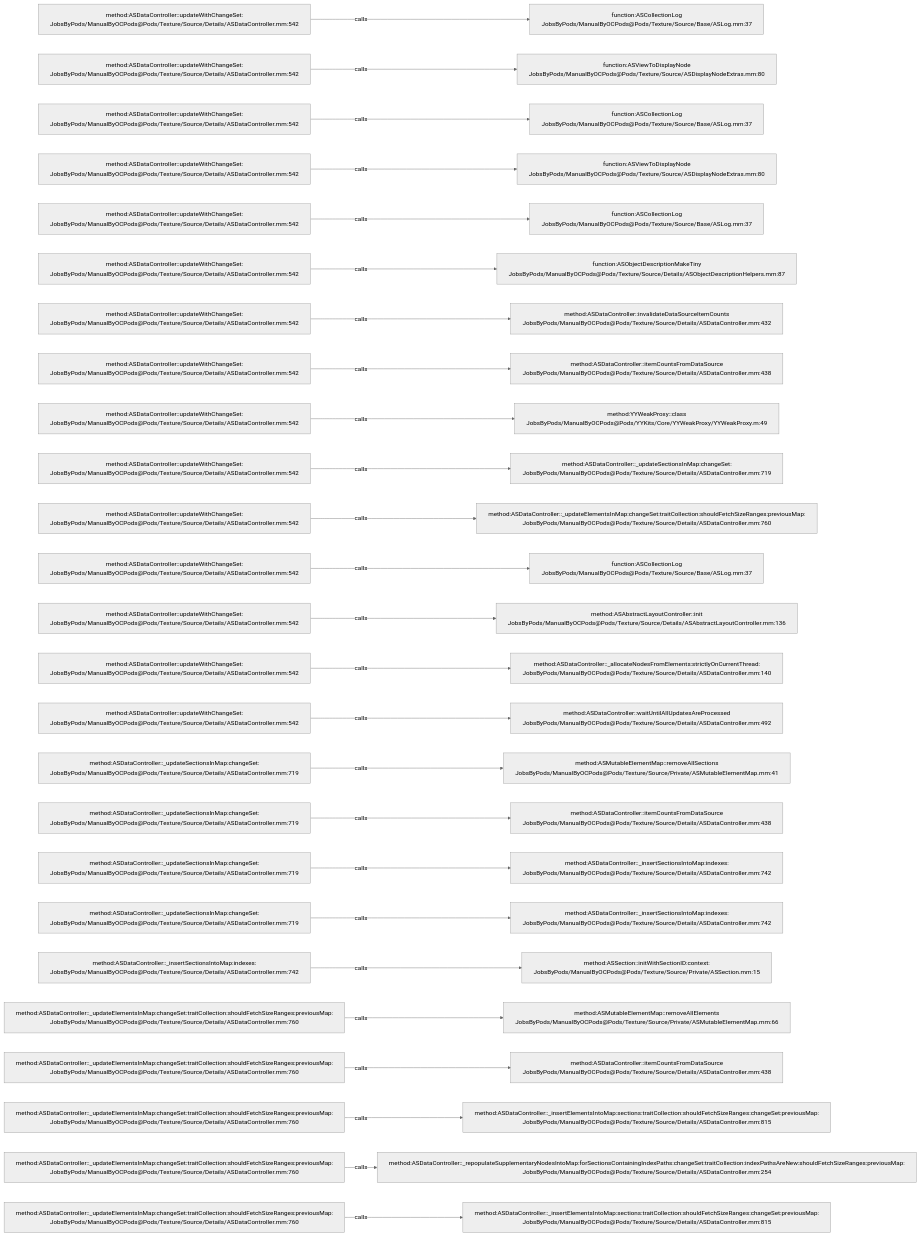
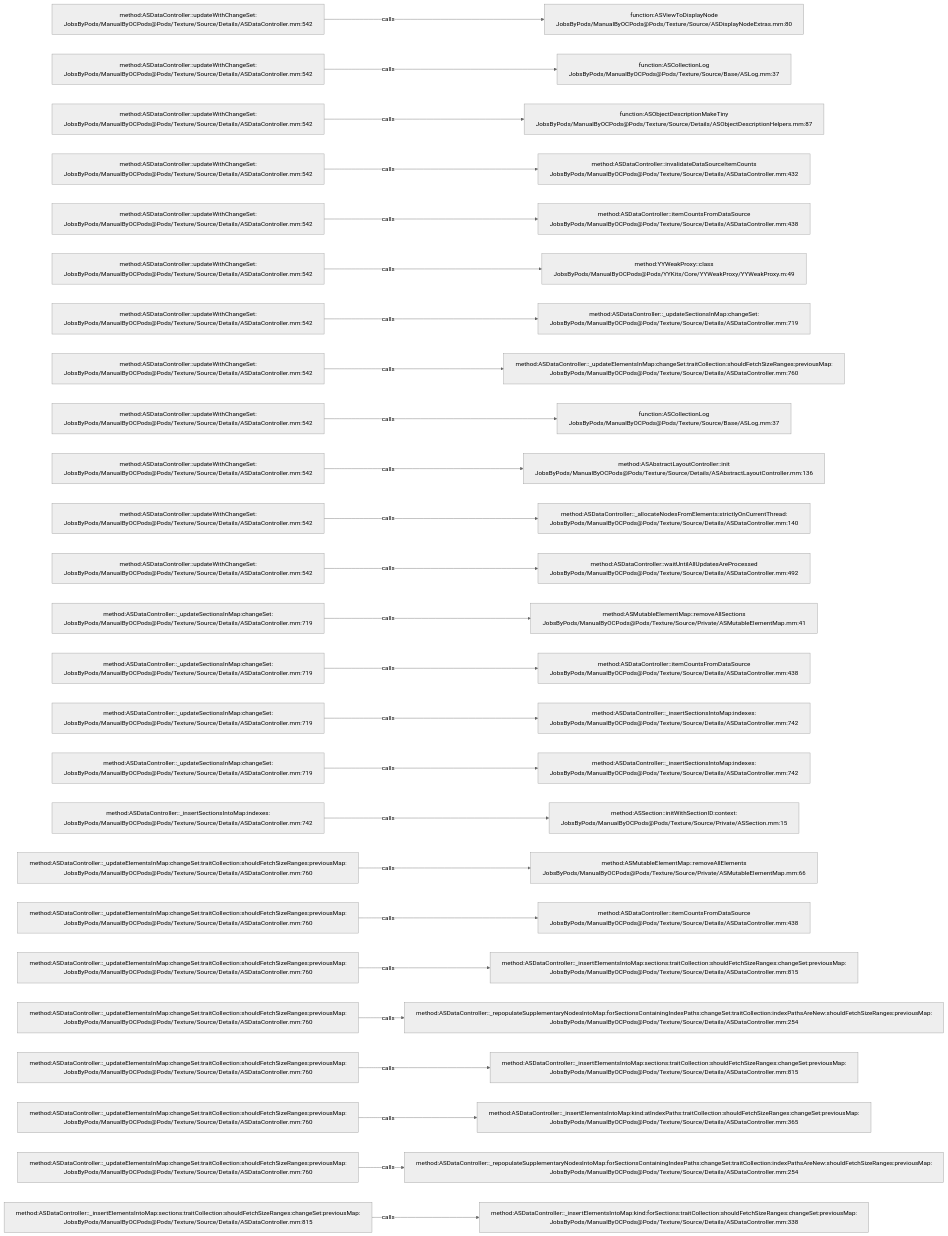
Before and after one commit to JobsKits/JobsOCBaseConfigDemo: the diagram in .codegraph/codegraph.md/graphs/calls-157.md, drawn with Mermaid (neutral theme). The commit also changed 342 other files, not shown here.

````diff
--- a/.codegraph/codegraph.md/graphs/calls-157.md
+++ b/.codegraph/codegraph.md/graphs/calls-157.md
@@ -13,78 +13,78 @@
 ```mermaid
 flowchart LR
   S1["method:ASDataController::updateWithChangeSet:<br/>JobsByPods/ManualByOCPods@Pods/Texture/Source/Details/ASDataController.mm:542"]
-  T1["function:ASCollectionLog<br/>JobsByPods/ManualByOCPods@Pods/Texture/Source/Base/ASLog.mm:37"]
+  T1["function:ASViewToDisplayNode<br/>JobsByPods/ManualByOCPods@Pods/Texture/Source/ASDisplayNodeExtras.mm:80"]
   S1 -->|calls| T1
   S2["method:ASDataController::updateWithChangeSet:<br/>JobsByPods/ManualByOCPods@Pods/Texture/Source/Details/ASDataController.mm:542"]
-  T2["function:ASViewToDisplayNode<br/>JobsByPods/ManualByOCPods@Pods/Texture/Source/ASDisplayNodeExtras.mm:80"]
+  T2["function:ASCollectionLog<br/>JobsByPods/ManualByOCPods@Pods/Texture/Source/Base/ASLog.mm:37"]
   S2 -->|calls| T2
   S3["method:ASDataController::updateWithChangeSet:<br/>JobsByPods/ManualByOCPods@Pods/Texture/Source/Details/ASDataController.mm:542"]
-  T3["function:ASCollectionLog<br/>JobsByPods/ManualByOCPods@Pods/Texture/Source/Base/ASLog.mm:37"]
+  T3["function:ASObjectDescriptionMakeTiny<br/>JobsByPods/ManualByOCPods@Pods/Texture/Source/Details/ASObjectDescriptionHelpers.mm:87"]
   S3 -->|calls| T3
   S4["method:ASDataController::updateWithChangeSet:<br/>JobsByPods/ManualByOCPods@Pods/Texture/Source/Details/ASDataController.mm:542"]
-  T4["function:ASViewToDisplayNode<br/>JobsByPods/ManualByOCPods@Pods/Texture/Source/ASDisplayNodeExtras.mm:80"]
+  T4["method:ASDataController::invalidateDataSourceItemCounts<br/>JobsByPods/ManualByOCPods@Pods/Texture/Source/Details/ASDataController.mm:432"]
   S4 -->|calls| T4
   S5["method:ASDataController::updateWithChangeSet:<br/>JobsByPods/ManualByOCPods@Pods/Texture/Source/Details/ASDataController.mm:542"]
-  T5["function:ASCollectionLog<br/>JobsByPods/ManualByOCPods@Pods/Texture/Source/Base/ASLog.mm:37"]
+  T5["method:ASDataController::itemCountsFromDataSource<br/>JobsByPods/ManualByOCPods@Pods/Texture/Source/Details/ASDataController.mm:438"]
   S5 -->|calls| T5
   S6["method:ASDataController::updateWithChangeSet:<br/>JobsByPods/ManualByOCPods@Pods/Texture/Source/Details/ASDataController.mm:542"]
-  T6["function:ASObjectDescriptionMakeTiny<br/>JobsByPods/ManualByOCPods@Pods/Texture/Source/Details/ASObjectDescriptionHelpers.mm:87"]
+  T6["method:YYWeakProxy::class<br/>JobsByPods/ManualByOCPods@Pods/YYKits/Core/YYWeakProxy/YYWeakProxy.m:49"]
   S6 -->|calls| T6
   S7["method:ASDataController::updateWithChangeSet:<br/>JobsByPods/ManualByOCPods@Pods/Texture/Source/Details/ASDataController.mm:542"]
-  T7["method:ASDataController::invalidateDataSourceItemCounts<br/>JobsByPods/ManualByOCPods@Pods/Texture/Source/Details/ASDataController.mm:432"]
+  T7["method:ASDataController::_updateSectionsInMap:changeSet:<br/>JobsByPods/ManualByOCPods@Pods/Texture/Source/Details/ASDataController.mm:719"]
   S7 -->|calls| T7
   S8["method:ASDataController::updateWithChangeSet:<br/>JobsByPods/ManualByOCPods@Pods/Texture/Source/Details/ASDataController.mm:542"]
-  T8["method:ASDataController::itemCountsFromDataSource<br/>JobsByPods/ManualByOCPods@Pods/Texture/Source/Details/ASDataController.mm:438"]
+  T8["method:ASDataController::_updateElementsInMap:changeSet:traitCollection:shouldFetchSizeRanges:previousMap:<br/>JobsByPods/ManualByOCPods@Pods/Texture/Source/Details/ASDataController.mm:760"]
   S8 -->|calls| T8
   S9["method:ASDataController::updateWithChangeSet:<br/>JobsByPods/ManualByOCPods@Pods/Texture/Source/Details/ASDataController.mm:542"]
-  T9["method:YYWeakProxy::class<br/>JobsByPods/ManualByOCPods@Pods/YYKits/Core/YYWeakProxy/YYWeakProxy.m:49"]
+  T9["function:ASCollectionLog<br/>JobsByPods/ManualByOCPods@Pods/Texture/Source/Base/ASLog.mm:37"]
   S9 -->|calls| T9
   S10["method:ASDataController::updateWithChangeSet:<br/>JobsByPods/ManualByOCPods@Pods/Texture/Source/Details/ASDataController.mm:542"]
-  T10["method:ASDataController::_updateSectionsInMap:changeSet:<br/>JobsByPods/ManualByOCPods@Pods/Texture/Source/Details/ASDataController.mm:719"]
+  T10["method:ASAbstractLayoutController::init<br/>JobsByPods/ManualByOCPods@Pods/Texture/Source/Details/ASAbstractLayoutController.mm:136"]
   S10 -->|calls| T10
   S11["method:ASDataController::updateWithChangeSet:<br/>JobsByPods/ManualByOCPods@Pods/Texture/Source/Details/ASDataController.mm:542"]
-  T11["method:ASDataController::_updateElementsInMap:changeSet:traitCollection:shouldFetchSizeRanges:previousMap:<br/>JobsByPods/ManualByOCPods@Pods/Texture/Source/Details/ASDataController.mm:760"]
+  T11["method:ASDataController::_allocateNodesFromElements:strictlyOnCurrentThread:<br/>JobsByPods/ManualByOCPods@Pods/Texture/Source/Details/ASDataController.mm:140"]
   S11 -->|calls| T11
   S12["method:ASDataController::updateWithChangeSet:<br/>JobsByPods/ManualByOCPods@Pods/Texture/Source/Details/ASDataController.mm:542"]
-  T12["function:ASCollectionLog<br/>JobsByPods/ManualByOCPods@Pods/Texture/Source/Base/ASLog.mm:37"]
+  T12["method:ASDataController::waitUntilAllUpdatesAreProcessed<br/>JobsByPods/ManualByOCPods@Pods/Texture/Source/Details/ASDataController.mm:492"]
   S12 -->|calls| T12
-  S13["method:ASDataController::updateWithChangeSet:<br/>JobsByPods/ManualByOCPods@Pods/Texture/Source/Details/ASDataController.mm:542"]
-  T13["method:ASAbstractLayoutController::init<br/>JobsByPods/ManualByOCPods@Pods/Texture/Source/Details/ASAbstractLayoutController.mm:136"]
+  S13["method:ASDataController::_updateSectionsInMap:changeSet:<br/>JobsByPods/ManualByOCPods@Pods/Texture/Source/Details/ASDataController.mm:719"]
+  T13["method:ASMutableElementMap::removeAllSections<br/>JobsByPods/ManualByOCPods@Pods/Texture/Source/Private/ASMutableElementMap.mm:41"]
   S13 -->|calls| T13
-  S14["method:ASDataController::updateWithChangeSet:<br/>JobsByPods/ManualByOCPods@Pods/Texture/Source/Details/ASDataController.mm:542"]
-  T14["method:ASDataController::_allocateNodesFromElements:strictlyOnCurrentThread:<br/>JobsByPods/ManualByOCPods@Pods/Texture/Source/Details/ASDataController.mm:140"]
+  S14["method:ASDataController::_updateSectionsInMap:changeSet:<br/>JobsByPods/ManualByOCPods@Pods/Texture/Source/Details/ASDataController.mm:719"]
+  T14["method:ASDataController::itemCountsFromDataSource<br/>JobsByPods/ManualByOCPods@Pods/Texture/Source/Details/ASDataController.mm:438"]
   S14 -->|calls| T14
-  S15["method:ASDataController::updateWithChangeSet:<br/>JobsByPods/ManualByOCPods@Pods/Texture/Source/Details/ASDataController.mm:542"]
-  T15["method:ASDataController::waitUntilAllUpdatesAreProcessed<br/>JobsByPods/ManualByOCPods@Pods/Texture/Source/Details/ASDataController.mm:492"]
+  S15["method:ASDataController::_updateSectionsInMap:changeSet:<br/>JobsByPods/ManualByOCPods@Pods/Texture/Source/Details/ASDataController.mm:719"]
+  T15["method:ASDataController::_insertSectionsIntoMap:indexes:<br/>JobsByPods/ManualByOCPods@Pods/Texture/Source/Details/ASDataController.mm:742"]
   S15 -->|calls| T15
   S16["method:ASDataController::_updateSectionsInMap:changeSet:<br/>JobsByPods/ManualByOCPods@Pods/Texture/Source/Details/ASDataController.mm:719"]
-  T16["method:ASMutableElementMap::removeAllSections<br/>JobsByPods/ManualByOCPods@Pods/Texture/Source/Private/ASMutableElementMap.mm:41"]
+  T16["method:ASDataController::_insertSectionsIntoMap:indexes:<br/>JobsByPods/ManualByOCPods@Pods/Texture/Source/Details/ASDataController.mm:742"]
   S16 -->|calls| T16
-  S17["method:ASDataController::_updateSectionsInMap:changeSet:<br/>JobsByPods/ManualByOCPods@Pods/Texture/Source/Details/ASDataController.mm:719"]
-  T17["method:ASDataController::itemCountsFromDataSource<br/>JobsByPods/ManualByOCPods@Pods/Texture/Source/Details/ASDataController.mm:438"]
+  S17["method:ASDataController::_insertSectionsIntoMap:indexes:<br/>JobsByPods/ManualByOCPods@Pods/Texture/Source/Details/ASDataController.mm:742"]
+  T17["method:ASSection::initWithSectionID:context:<br/>JobsByPods/ManualByOCPods@Pods/Texture/Source/Private/ASSection.mm:15"]
   S17 -->|calls| T17
-  S18["method:ASDataController::_updateSectionsInMap:changeSet:<br/>JobsByPods/ManualByOCPods@Pods/Texture/Source/Details/ASDataController.mm:719"]
-  T18["method:ASDataController::_insertSectionsIntoMap:indexes:<br/>JobsByPods/ManualByOCPods@Pods/Texture/Source/Details/ASDataController.mm:742"]
+  S18["method:ASDataController::_updateElementsInMap:changeSet:traitCollection:shouldFetchSizeRanges:previousMap:<br/>JobsByPods/ManualByOCPods@Pods/Texture/Source/Details/ASDataController.mm:760"]
+  T18["method:ASMutableElementMap::removeAllElements<br/>JobsByPods/ManualByOCPods@Pods/Texture/Source/Private/ASMutableElementMap.mm:66"]
   S18 -->|calls| T18
-  S19["method:ASDataController::_updateSectionsInMap:changeSet:<br/>JobsByPods/ManualByOCPods@Pods/Texture/Source/Details/ASDataController.mm:719"]
-  T19["method:ASDataController::_insertSectionsIntoMap:indexes:<br/>JobsByPods/ManualByOCPods@Pods/Texture/Source/Details/ASDataController.mm:742"]
+  S19["method:ASDataController::_updateElementsInMap:changeSet:traitCollection:shouldFetchSizeRanges:previousMap:<br/>JobsByPods/ManualByOCPods@Pods/Texture/Source/Details/ASDataController.mm:760"]
+  T19["method:ASDataController::itemCountsFromDataSource<br/>JobsByPods/ManualByOCPods@Pods/Texture/Source/Details/ASDataController.mm:438"]
   S19 -->|calls| T19
-  S20["method:ASDataController::_insertSectionsIntoMap:indexes:<br/>JobsByPods/ManualByOCPods@Pods/Texture/Source/Details/ASDataController.mm:742"]
-  T20["method:ASSection::initWithSectionID:context:<br/>JobsByPods/ManualByOCPods@Pods/Texture/Source/Private/ASSection.mm:15"]
+  S20["method:ASDataController::_updateElementsInMap:changeSet:traitCollection:shouldFetchSizeRanges:previousMap:<br/>JobsByPods/ManualByOCPods@Pods/Texture/Source/Details/ASDataController.mm:760"]
+  T20["method:ASDataController::_insertElementsIntoMap:sections:traitCollection:shouldFetchSizeRanges:changeSet:previousMap:<br/>JobsByPods/ManualByOCPods@Pods/Texture/Source/Details/ASDataController.mm:815"]
   S20 -->|calls| T20
   S21["method:ASDataController::_updateElementsInMap:changeSet:traitCollection:shouldFetchSizeRanges:previousMap:<br/>JobsByPods/ManualByOCPods@Pods/Texture/Source/Details/ASDataController.mm:760"]
-  T21["method:ASMutableElementMap::removeAllElements<br/>JobsByPods/ManualByOCPods@Pods/Texture/Source/Private/ASMutableElementMap.mm:66"]
+  T21["method:ASDataController::_repopulateSupplementaryNodesIntoMap:forSectionsContainingIndexPaths:changeSet:traitCollection:indexPathsAreNew:shouldFetchSizeRanges:previousMap:<br/>JobsByPods/ManualByOCPods@Pods/Texture/Source/Details/ASDataController.mm:254"]
   S21 -->|calls| T21
   S22["method:ASDataController::_updateElementsInMap:changeSet:traitCollection:shouldFetchSizeRanges:previousMap:<br/>JobsByPods/ManualByOCPods@Pods/Texture/Source/Details/ASDataController.mm:760"]
-  T22["method:ASDataController::itemCountsFromDataSource<br/>JobsByPods/ManualByOCPods@Pods/Texture/Source/Details/ASDataController.mm:438"]
+  T22["method:ASDataController::_insertElementsIntoMap:sections:traitCollection:shouldFetchSizeRanges:changeSet:previousMap:<br/>JobsByPods/ManualByOCPods@Pods/Texture/Source/Details/ASDataController.mm:815"]
   S22 -->|calls| T22
   S23["method:ASDataController::_updateElementsInMap:changeSet:traitCollection:shouldFetchSizeRanges:previousMap:<br/>JobsByPods/ManualByOCPods@Pods/Texture/Source/Details/ASDataController.mm:760"]
-  T23["method:ASDataController::_insertElementsIntoMap:sections:traitCollection:shouldFetchSizeRanges:changeSet:previousMap:<br/>JobsByPods/ManualByOCPods@Pods/Texture/Source/Details/ASDataController.mm:815"]
+  T23["method:ASDataController::_insertElementsIntoMap:kind:atIndexPaths:traitCollection:shouldFetchSizeRanges:changeSet:previousMap:<br/>JobsByPods/ManualByOCPods@Pods/Texture/Source/Details/ASDataController.mm:365"]
   S23 -->|calls| T23
   S24["method:ASDataController::_updateElementsInMap:changeSet:traitCollection:shouldFetchSizeRanges:previousMap:<br/>JobsByPods/ManualByOCPods@Pods/Texture/Source/Details/ASDataController.mm:760"]
   T24["method:ASDataController::_repopulateSupplementaryNodesIntoMap:forSectionsContainingIndexPaths:changeSet:traitCollection:indexPathsAreNew:shouldFetchSizeRanges:previousMap:<br/>JobsByPods/ManualByOCPods@Pods/Texture/Source/Details/ASDataController.mm:254"]
   S24 -->|calls| T24
-  S25["method:ASDataController::_updateElementsInMap:changeSet:traitCollection:shouldFetchSizeRanges:previousMap:<br/>JobsByPods/ManualByOCPods@Pods/Texture/Source/Details/ASDataController.mm:760"]
-  T25["method:ASDataController::_insertElementsIntoMap:sections:traitCollection:shouldFetchSizeRanges:changeSet:previousMap:<br/>JobsByPods/ManualByOCPods@Pods/Texture/Source/Details/ASDataController.mm:815"]
+  S25["method:ASDataController::_insertElementsIntoMap:sections:traitCollection:shouldFetchSizeRanges:changeSet:previousMap:<br/>JobsByPods/ManualByOCPods@Pods/Texture/Source/Details/ASDataController.mm:815"]
+  T25["method:ASDataController::_insertElementsIntoMap:kind:forSections:traitCollection:shouldFetchSizeRanges:changeSet:previousMap:<br/>JobsByPods/ManualByOCPods@Pods/Texture/Source/Details/ASDataController.mm:338"]
   S25 -->|calls| T25
 ```
````
